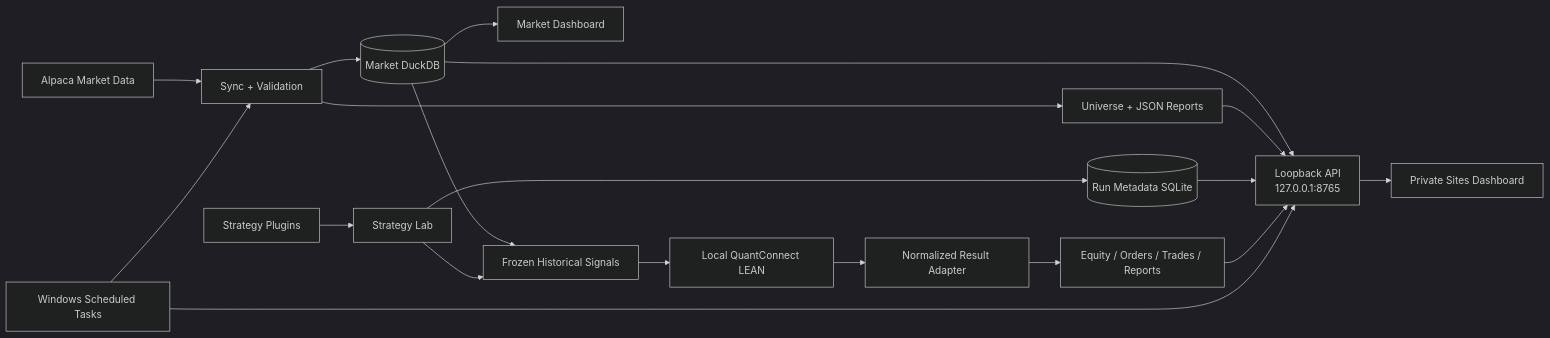
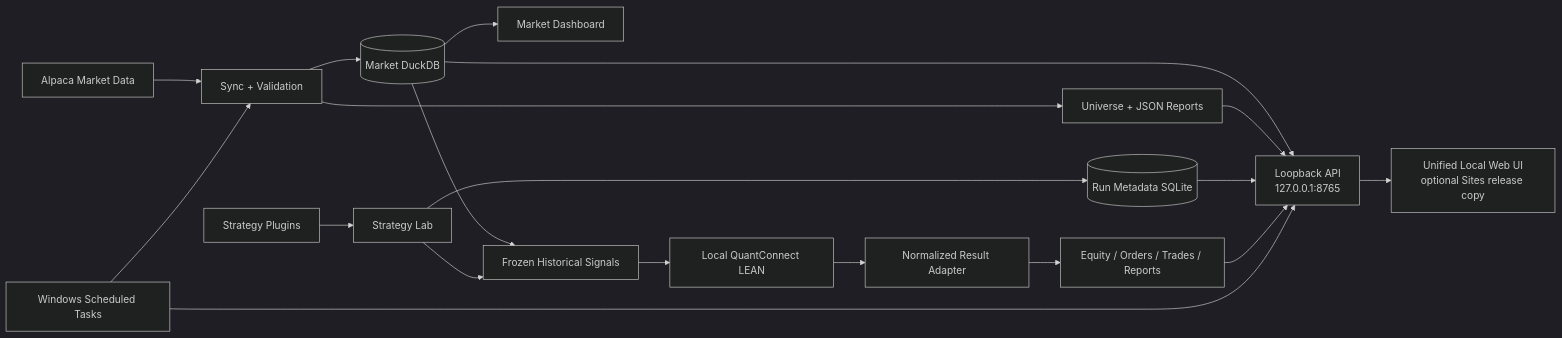
The diagram in README.md (zhoushuming073-cell/stock-radar), drawn with Mermaid (dark theme) before and after one commit. The commit also changed other lines of this file and 5 other files, not shown here.

````diff
--- a/README.md
+++ b/README.md
@@ -152,25 +187,25 @@
 ```mermaid
 flowchart LR
     A[Alpaca Market Data] --> B[Sync + Validation]
     B --> C[(Market DuckDB)]
     B --> D[Universe + JSON Reports]
 
     C --> E[Market Dashboard]
     C --> S[Frozen Historical Signals]
 
     G[Strategy Plugins] --> H[Strategy Lab]
     H --> S
     S --> F[Local QuantConnect LEAN]
     F --> N[Normalized Result Adapter]
     H --> I[(Run Metadata SQLite)]
     N --> J[Equity / Orders / Trades / Reports]
 
     C --> K[Loopback API<br/>127.0.0.1:8765]
     D --> K
     I --> K
     J --> K
-    K --> L[Private Sites Dashboard]
+    K --> L[Unified Local Web UI<br/>optional Sites release copy]
 
     M[Windows Scheduled Tasks] --> B
     M --> K
 ```
````
